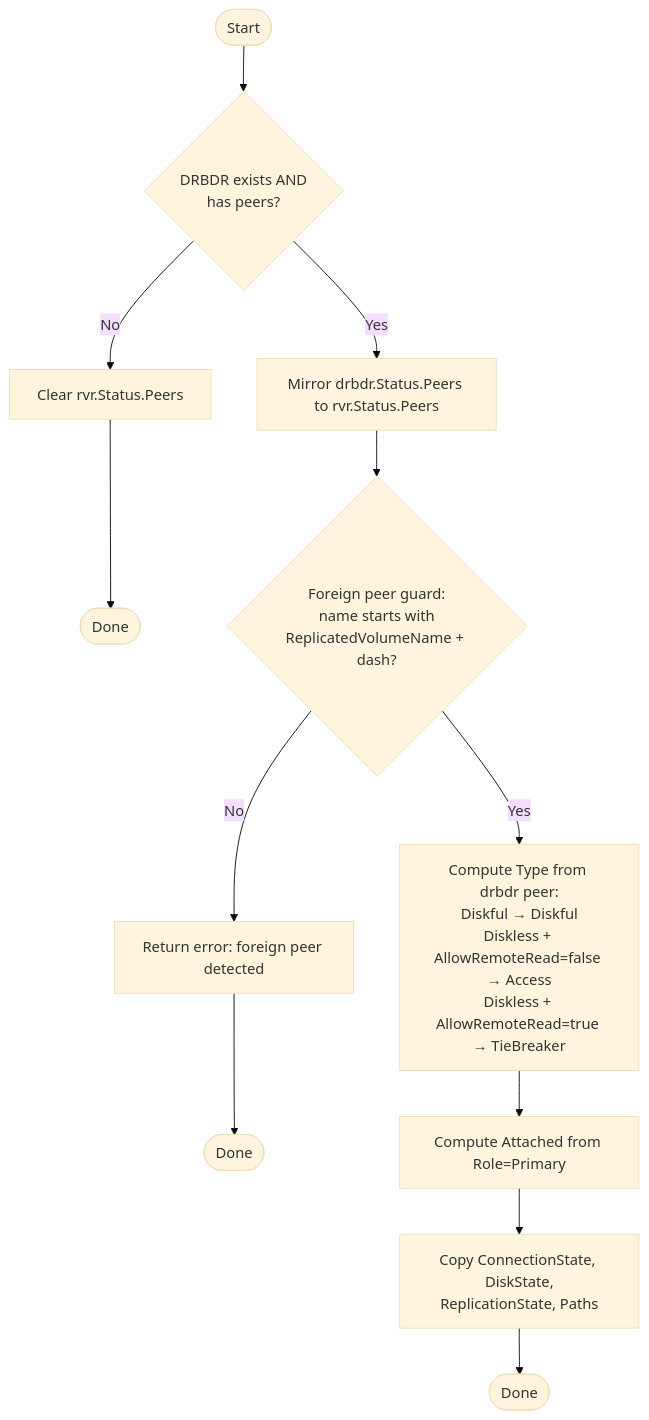
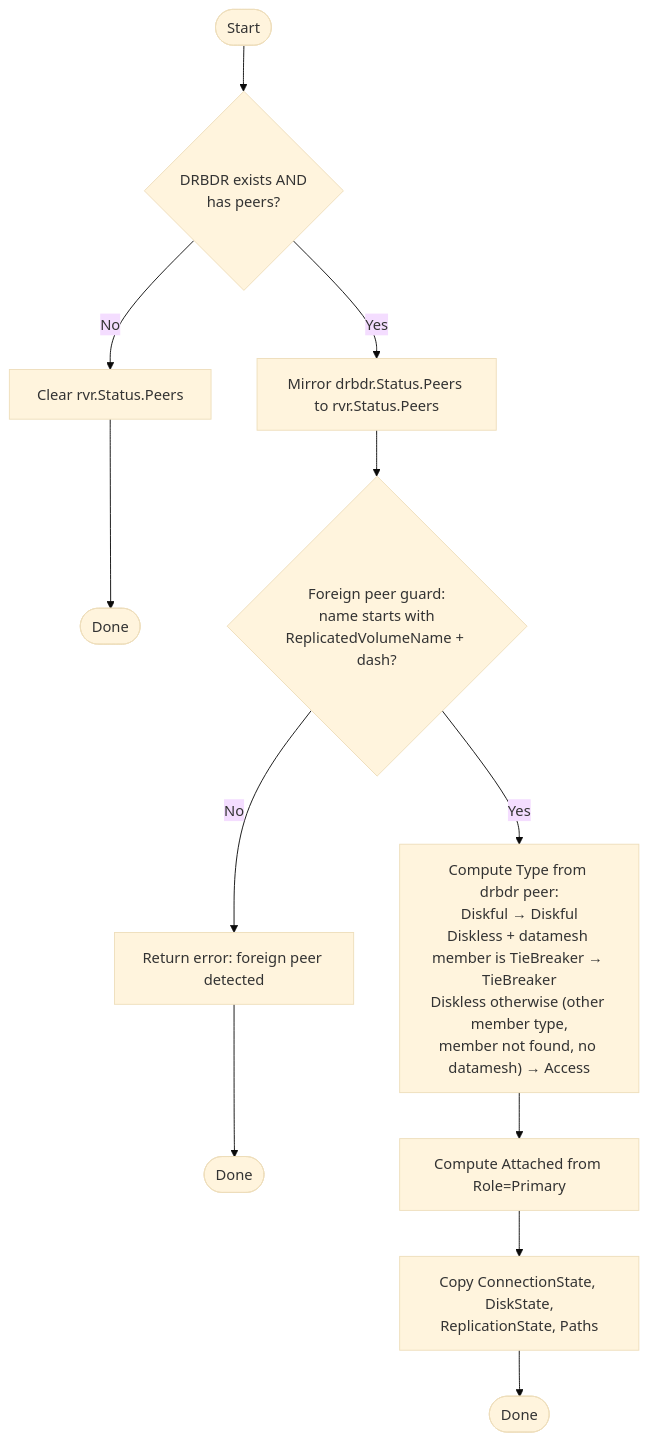
Before and after one commit to deckhouse/sds-replicated-volume: diagram 11 of 18 in images/controller/internal/controllers/rvr_controller/README.md, drawn with Mermaid (base theme). The commit also changed other lines of this file and 4 other files, not shown here.

First line of the commit message:
[controller] Type diskless peers from the datamesh, not allowRemoteRead

````diff
--- a/images/controller/internal/controllers/rvr_controller/README.md
+++ b/images/controller/internal/controllers/rvr_controller/README.md
@@ -1193,15 +1193,15 @@
 ```mermaid
 flowchart TD
     Start([Start]) --> CheckDRBDR{DRBDR exists AND<br/>has peers?}
     CheckDRBDR -->|No| ClearPeers[Clear rvr.Status.Peers]
     ClearPeers --> End1([Done])
 
     CheckDRBDR -->|Yes| MirrorPeers[Mirror drbdr.Status.Peers to rvr.Status.Peers]
     MirrorPeers --> ForeignGuard{"Foreign peer guard:<br/>name starts with<br/>ReplicatedVolumeName + dash?"}
     ForeignGuard -->|No| ErrorForeign[Return error: foreign peer detected]
     ErrorForeign --> End3([Done])
-    ForeignGuard -->|Yes| ComputeType["Compute Type from drbdr peer:<br/>Diskful → Diskful<br/>Diskless + AllowRemoteRead=false → Access<br/>Diskless + AllowRemoteRead=true → TieBreaker"]
+    ForeignGuard -->|Yes| ComputeType["Compute Type from drbdr peer:<br/>Diskful → Diskful<br/>Diskless + datamesh member is TieBreaker → TieBreaker<br/>Diskless otherwise (other member type,<br/>member not found, no datamesh) → Access"]
     ComputeType --> ComputeAttached[Compute Attached from Role=Primary]
     ComputeAttached --> CopyFields["Copy ConnectionState, DiskState,<br/>ReplicationState, Paths"]
     CopyFields --> End2([Done])
 ```
````
